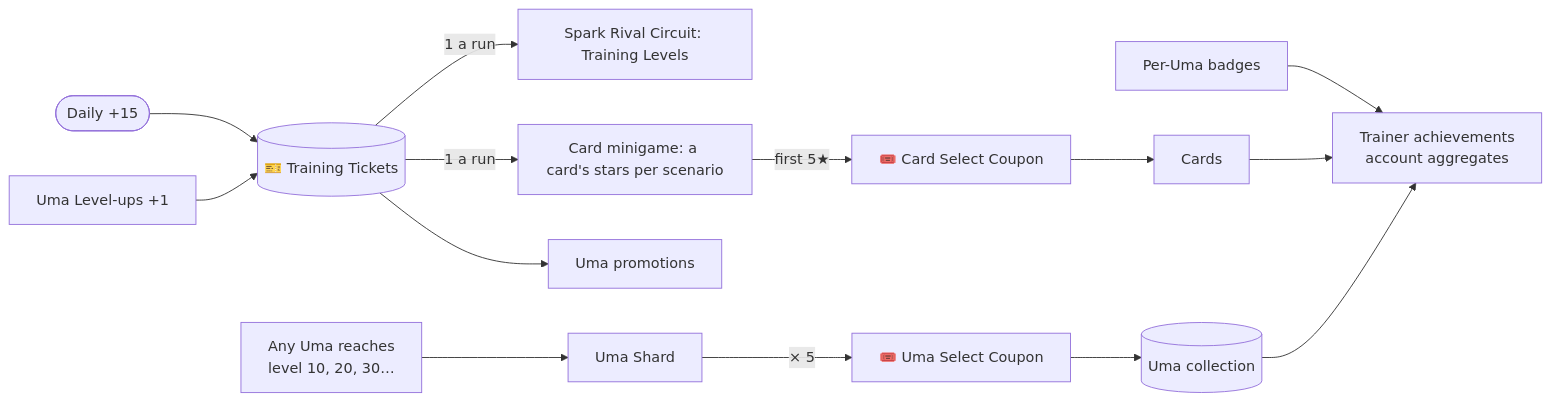
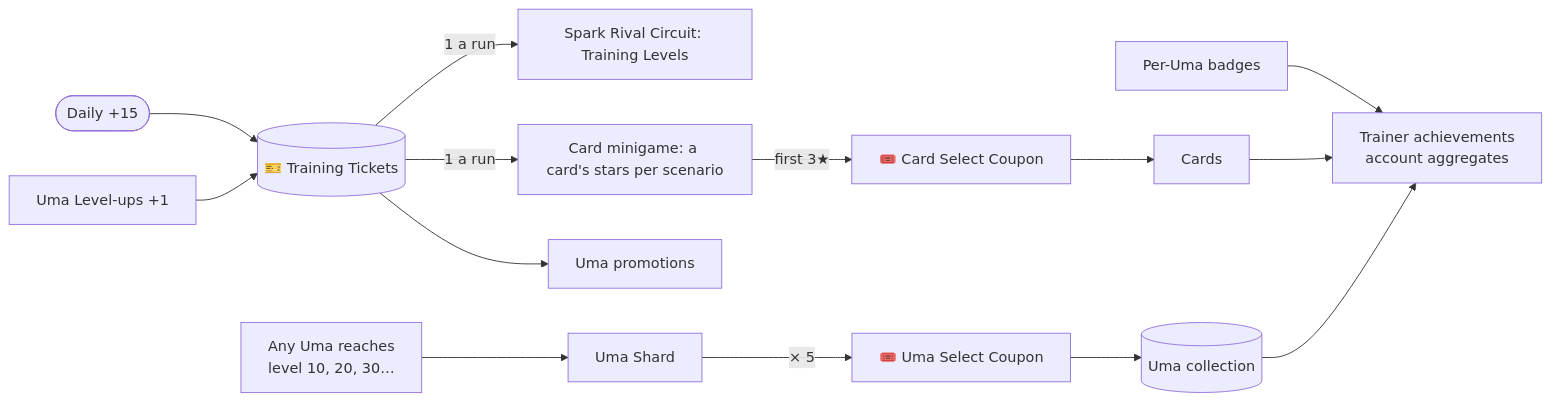
One commit to luismlorenzana/uma-racer changed the second of 2 diagrams in docs/design/00-overview.md. Above: the diagram before and after it, drawn with Mermaid. The commit also changed other lines of this file and 54 other files, not shown here.

````diff
--- a/docs/design/00-overview.md
+++ b/docs/design/00-overview.md
@@ -42,16 +42,16 @@
 ```mermaid
 flowchart LR
     Daily([Daily +15]) --> Tickets[("🎫 Training Tickets")]
     UmaLv["Uma Level-ups +1"] --> Tickets
     Tickets -->|"1 a run"| Spark["Spark Rival Circuit: Training Levels"]
     Tickets -->|"1 a run"| Bond["Card minigame: a card's stars per scenario"]
-    Bond -->|"first 5★"| CardCoupon["🎟️ Card Select Coupon"]
+    Bond -->|"first 3★"| CardCoupon["🎟️ Card Select Coupon"]
     CardCoupon --> Cards
     Tickets --> UmaPromo["Uma promotions"]
     Levels["Any Uma reaches<br/>level 10, 20, 30…"] --> Shards["Uma Shard"]
     Shards -->|"× 5"| UmaCoupon["🎟️ Uma Select Coupon"]
     UmaCoupon --> Umas[("Uma collection")]
     Badges["Per-Uma badges"] --> Trainer["Trainer achievements<br/>account aggregates"]
     Cards --> Trainer
     Umas --> Trainer
 ```
````
